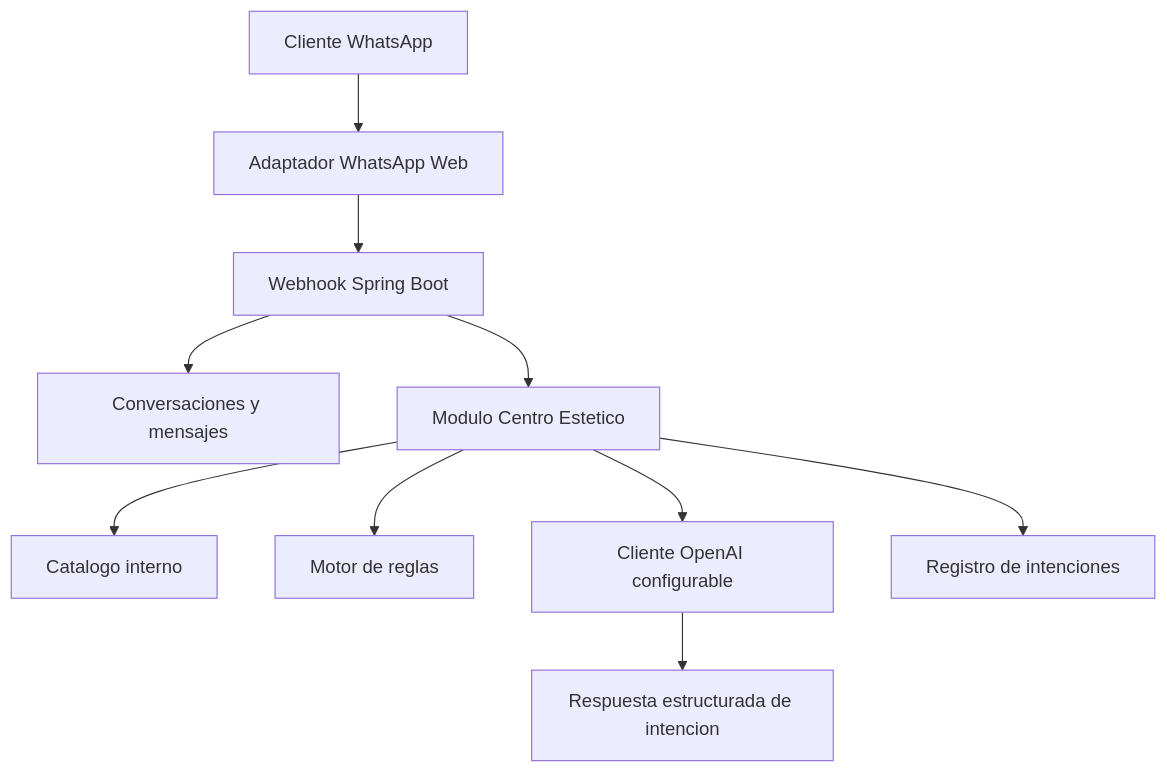
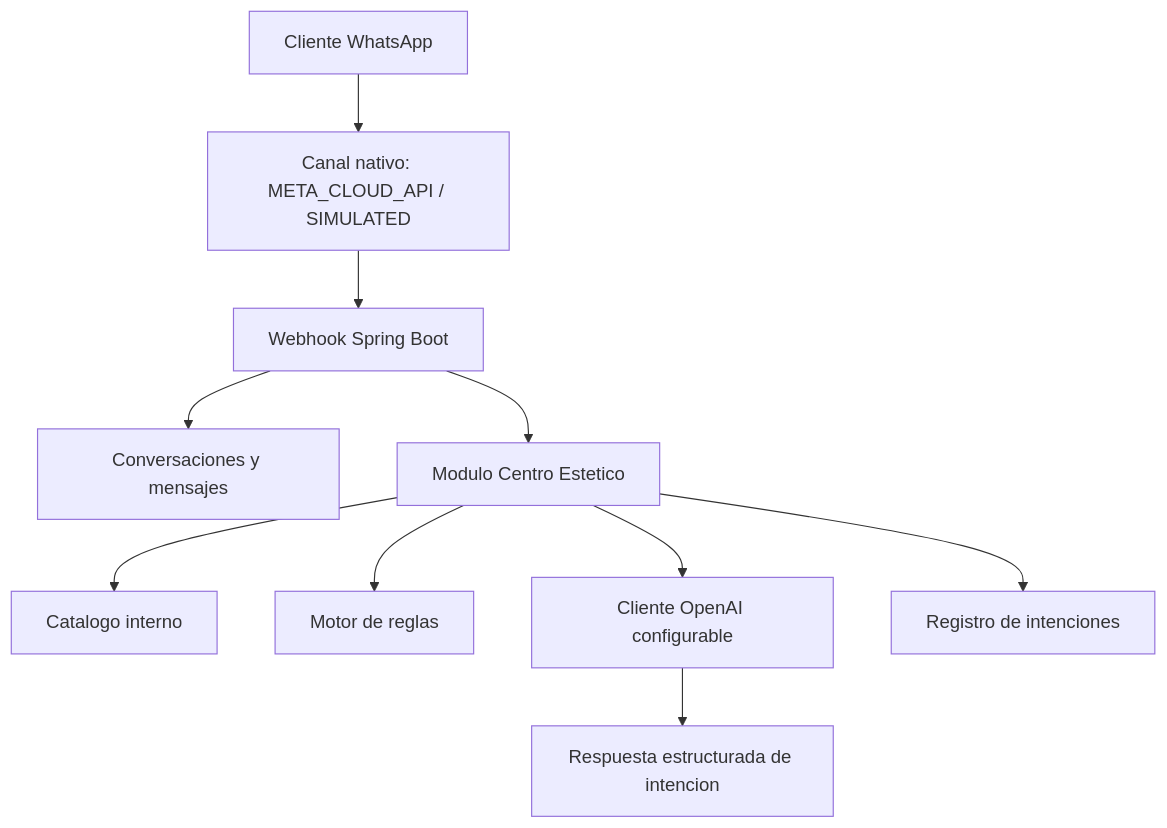
The first of 2 diagrams in docs/CENTRO_ESTETICO_MODULO.md (AlfredoTorresPerez/asistente-whatsapp-mvp), drawn with Mermaid before and after one commit. The commit also changed other lines of this file and 11 other files, not shown here.

````diff
--- a/docs/CENTRO_ESTETICO_MODULO.md
+++ b/docs/CENTRO_ESTETICO_MODULO.md
@@ -9,12 +11,12 @@
 ```mermaid
 flowchart TD
-    A[Cliente WhatsApp] --> B[Adaptador WhatsApp Web]
+    A[Cliente WhatsApp] --> B[Canal nativo: META_CLOUD_API / SIMULATED]
     B --> C[Webhook Spring Boot]
     C --> D[Conversaciones y mensajes]
     C --> E[Modulo Centro Estetico]
     E --> F[Catalogo interno]
     E --> G[Motor de reglas]
     E --> H[Cliente OpenAI configurable]
     H --> I[Respuesta estructurada de intencion]
     E --> J[Registro de intenciones]
 ```
````
